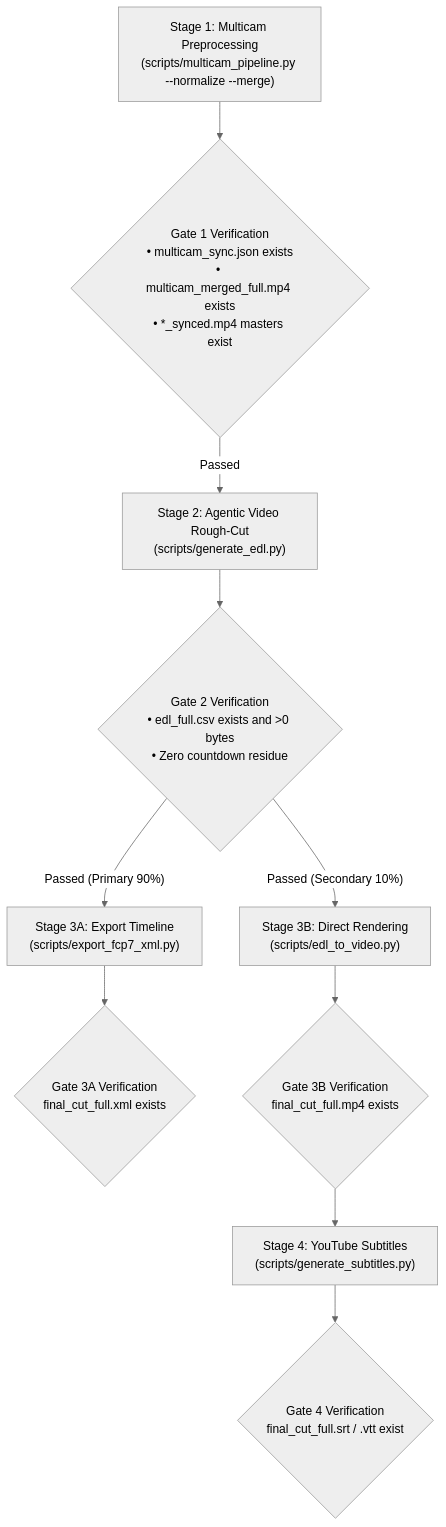
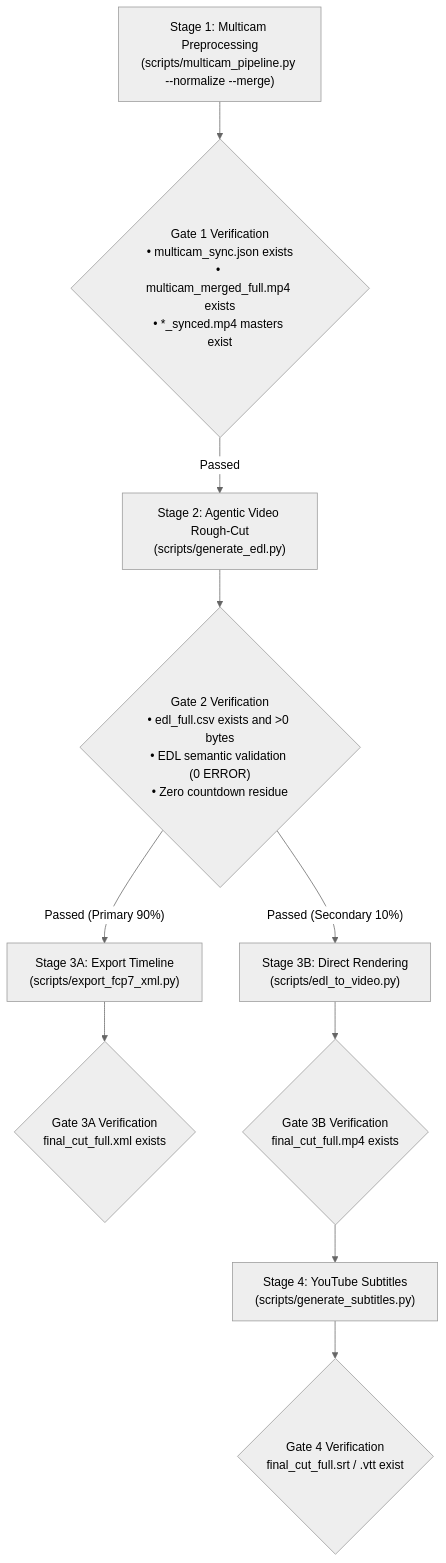
One commit to sylphlin/multicam-video-preprocessing changed the diagram in .agent/workflows/multicam_workflow.md. Above: the diagram before and after it, drawn with Mermaid (neutral theme). The commit also changed other lines of this file and 10 other files, not shown here.

````diff
--- a/.agent/workflows/multicam_workflow.md
+++ b/.agent/workflows/multicam_workflow.md
@@ -15,12 +15,12 @@
 ```mermaid
 flowchart TD
     S1["Stage 1: Multicam Preprocessing<br/>(scripts/multicam_pipeline.py --normalize --merge)"] --> G1{"Gate 1 Verification<br/>• multicam_sync.json exists<br/>• multicam_merged_full.mp4 exists<br/>• *_synced.mp4 masters exist"}
     G1 -->|"Passed"| S2["Stage 2: Agentic Video Rough-Cut<br/>(scripts/generate_edl.py)"]
-    S2 --> G2{"Gate 2 Verification<br/>• edl_full.csv exists and >0 bytes<br/>• Zero countdown residue"}
+    S2 --> G2{"Gate 2 Verification<br/>• edl_full.csv exists and >0 bytes<br/>• EDL semantic validation (0 ERROR)<br/>• Zero countdown residue"}
     G2 -->|"Passed (Primary 90%)"| S3A["Stage 3A: Export Timeline<br/>(scripts/export_fcp7_xml.py)"]
     G2 -->|"Passed (Secondary 10%)"| S3B["Stage 3B: Direct Rendering<br/>(scripts/edl_to_video.py)"]
     S3A --> G3A{"Gate 3A Verification<br/>final_cut_full.xml exists"}
     S3B --> G3B{"Gate 3B Verification<br/>final_cut_full.mp4 exists"}
     G3B --> S4["Stage 4: YouTube Subtitles<br/>(scripts/generate_subtitles.py)"]
     S4 --> G4{"Gate 4 Verification<br/>final_cut_full.srt / .vtt exist"}
 ```
````
